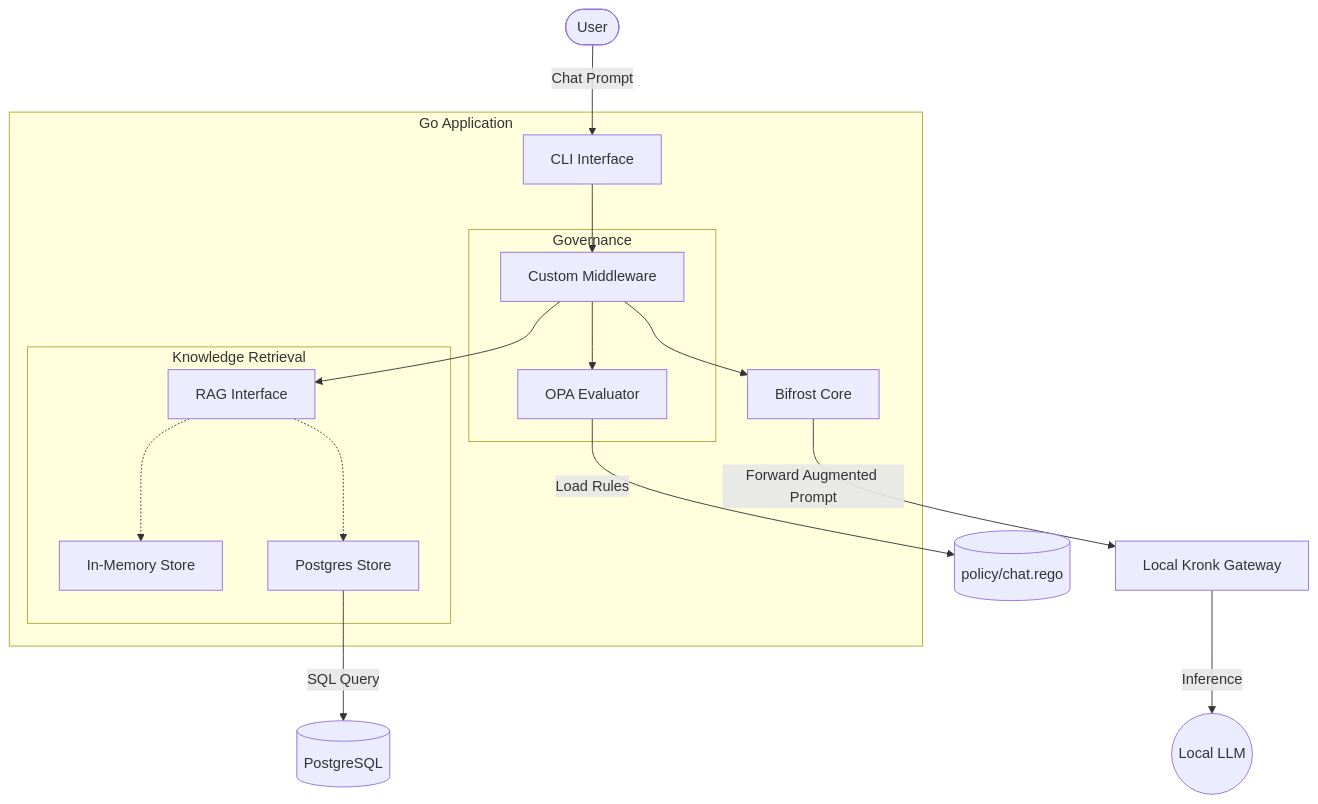
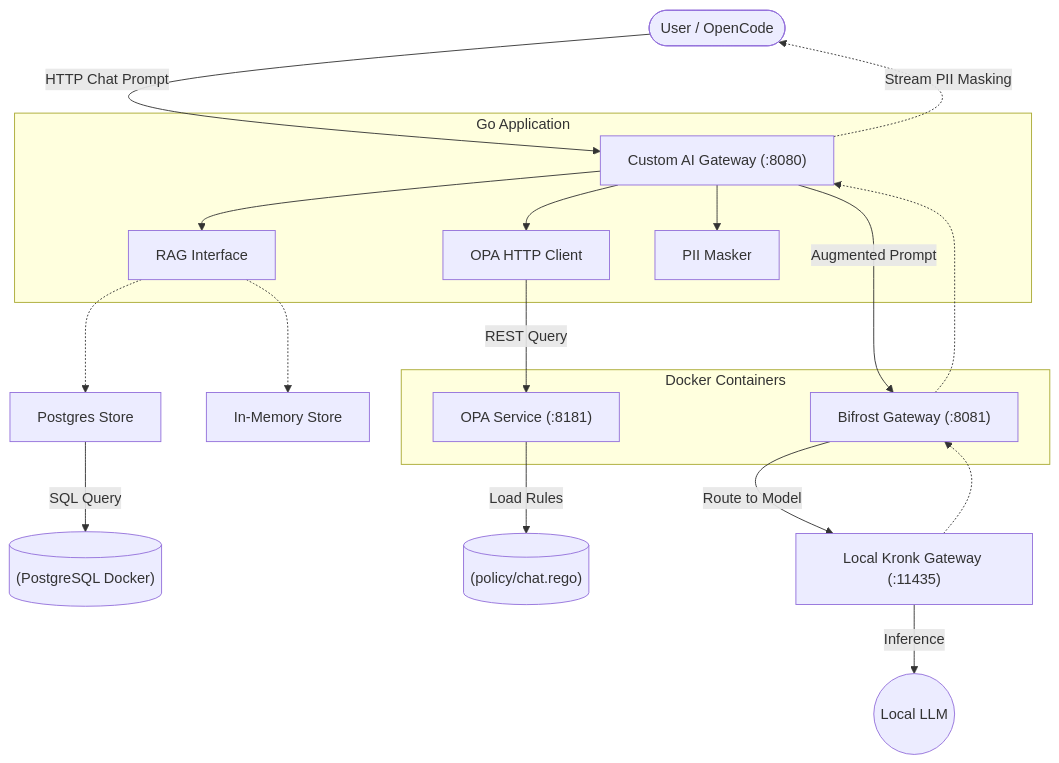
One commit to eduardobcolombo/custom-ai changed the first of 2 diagrams in README.md. Above: the diagram before and after it, drawn with Mermaid. The commit also changed other lines of this file and 1259 other files, not shown here.

First line of the commit message:
feat: move OPA and Bifrost to container (#2)

````diff
--- a/README.md
+++ b/README.md
@@ -15,26 +16,28 @@
 ```mermaid
 flowchart TD
-    User([User]) -->|Chat Prompt| Console[CLI Interface]
+    User(["User / OpenCode"]) -->|HTTP Chat Prompt| Gateway["Custom AI Gateway (:8080)"]
     
     subgraph Go Application
-        Console --> Middleware[Custom Middleware]
-        
-        subgraph Governance
-            Middleware --> OPA[OPA Evaluator]
-        end
-        
-        subgraph Knowledge Retrieval
-            Middleware --> RAG[RAG Interface]
-            RAG -.-> MemStore[In-Memory Store]
-            RAG -.-> PGStore[Postgres Store]
-        end
-        
-        Middleware --> BifrostClient[Bifrost Core]
+        Gateway --> OPAClient["OPA HTTP Client"]
+        Gateway --> RAG["RAG Interface"]
+        Gateway --> PIIMask["PII Masker"]
     end
     
-    OPA -->|Load Rules| PolicyDB[(policy/chat.rego)]
-    PGStore -->|SQL Query| PG[(PostgreSQL)]
+    subgraph Docker Containers
+        OPAClient -->|REST Query| OPA["OPA Service (:8181)"]
+        Gateway -->|Augmented Prompt| Bifrost["Bifrost Gateway (:8081)"]
+    end
     
-    BifrostClient -->|Forward Augmented Prompt| Kronk[Local Kronk Gateway]
-    Kronk -->|Inference| Model((Local LLM))
+    RAG -.-> MemStore["In-Memory Store"]
+    RAG -.-> PGStore["Postgres Store"]
+    PGStore -->|SQL Query| PG[("(PostgreSQL Docker)")]
+    
+    OPA -->|Load Rules| PolicyDB[("(policy/chat.rego)")]
+    
+    Bifrost -->|Route to Model| Kronk["Local Kronk Gateway (:11435)"]
+    Kronk -->|Inference| Model(("Local LLM"))
+    
+    Kronk -.-> Bifrost
+    Bifrost -.-> Gateway
+    Gateway -.->|Stream PII Masking| User
 ```
````
